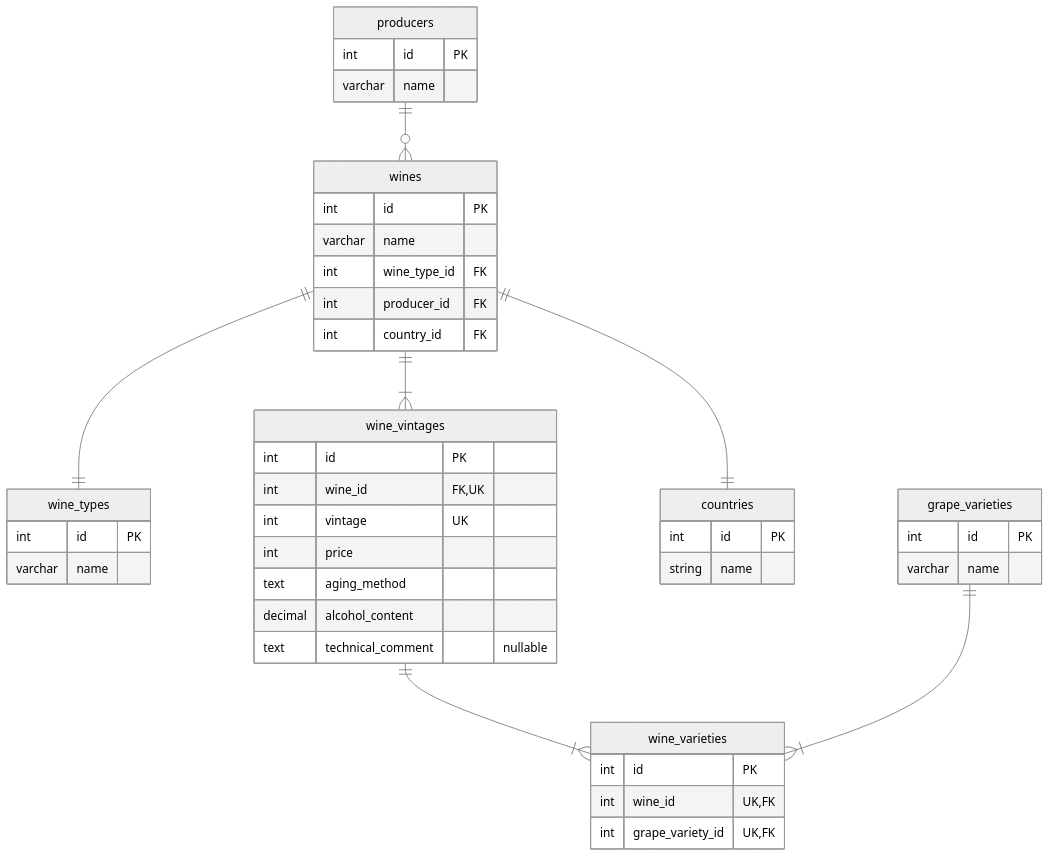
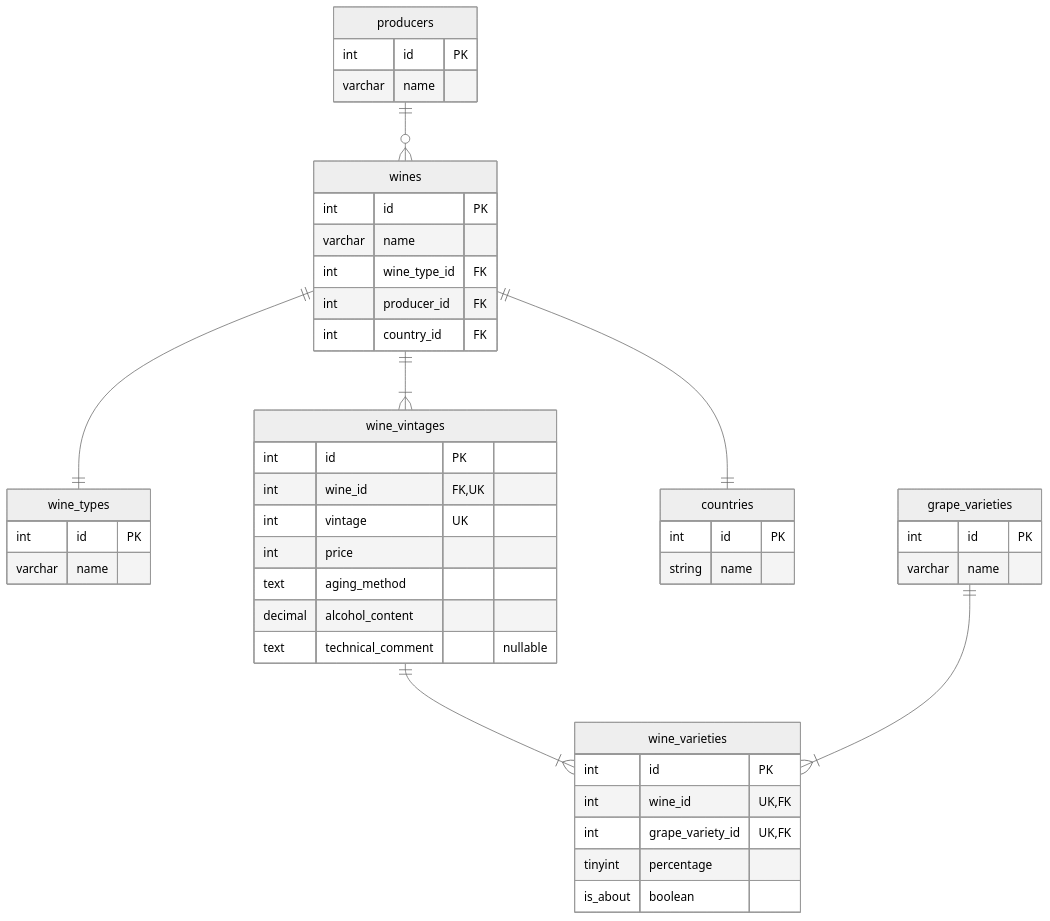
One commit to cork03/tastingNote changed the diagram in api/architecture/er.md. Above: the diagram before and after it, drawn with Mermaid (neutral theme). The commit also changed 9 other files, not shown here.

````diff
--- a/api/architecture/er.md
+++ b/api/architecture/er.md
@@ -1,54 +1,56 @@
 ```mermaid
 erDiagram
     producers {
         int id PK
         varchar name
     }
     
     wines {
         int id PK
         varchar name
         int wine_type_id FK
         int producer_id FK
         int country_id FK
     }
     
     wine_types {
         int id PK
         varchar name
     }
     
     wine_vintages {
         int id PK
         int wine_id FK,UK
         int vintage UK
         int price
         text aging_method
         decimal alcohol_content
         text technical_comment "nullable"
     }
     
     countries {
         int id PK
         string name
     }
     
     wine_varieties {
         int id PK
         int wine_id UK,FK
         int grape_variety_id UK,FK
+        tinyint percentage
+        is_about boolean
     }
     
     grape_varieties {
         int id PK
         varchar name
     }
     
     
     producers ||--o{ wines : ""
     wines ||--|{ wine_vintages : ""
     wines ||--|| countries : ""
     wine_vintages ||--|{ wine_varieties : ""
     grape_varieties ||--|{ wine_varieties : ""
     wines ||--|| wine_types : ""
 ```
````
